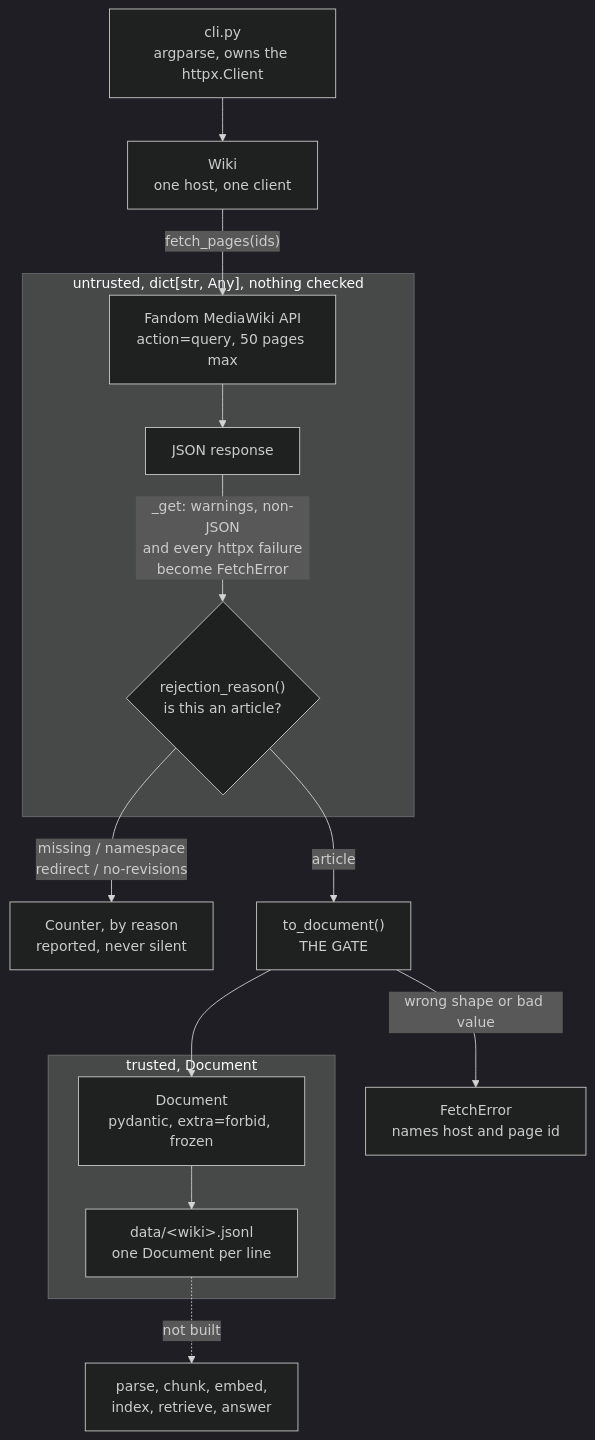
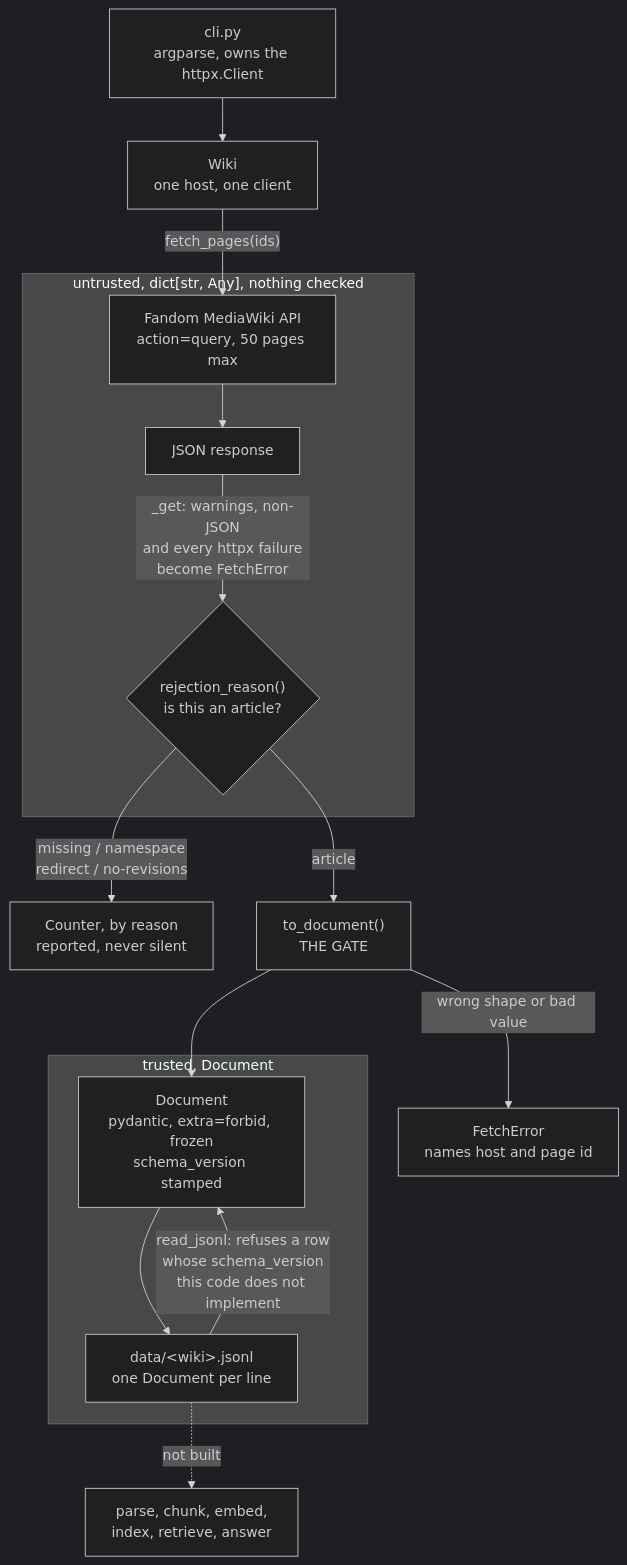
One commit to SURYAPRASATHJP/shonenchat changed the diagram in docs/architecture.md. Above: the diagram before and after it, drawn with Mermaid (dark theme). The commit also changed other lines of this file and 2 other files, not shown here.

````diff
--- a/docs/architecture.md
+++ b/docs/architecture.md
@@ -18,24 +18,25 @@
 ```mermaid
 flowchart TD
     subgraph untrusted["untrusted, dict[str, Any], nothing checked"]
         API["Fandom MediaWiki API<br/>action=query, 50 pages max"]
         RESP["JSON response"]
         FILT{"rejection_reason()<br/>is this an article?"}
     end
 
     subgraph trusted["trusted, Document"]
-        DOC["Document<br/>pydantic, extra=forbid, frozen"]
+        DOC["Document<br/>pydantic, extra=forbid, frozen<br/>schema_version stamped"]
         JSONL["data/&lt;wiki&gt;.jsonl<br/>one Document per line"]
     end
 
     CLI["cli.py<br/>argparse, owns the httpx.Client"] --> WIKI["Wiki<br/>one host, one client"]
     WIKI -->|"fetch_pages(ids)"| API
     API --> RESP
     RESP -->|"_get: warnings, non-JSON<br/>and every httpx failure<br/>become FetchError"| FILT
     FILT -->|"missing / namespace<br/>redirect / no-revisions"| SKIP["Counter, by reason<br/>reported, never silent"]
     FILT -->|"article"| GATE["to_document()<br/>THE GATE"]
     GATE -->|"wrong shape or bad value"| ERR["FetchError<br/>names host and page id"]
     GATE --> DOC
     DOC --> JSONL
+    JSONL -->|"read_jsonl: refuses a row<br/>whose schema_version<br/>this code does not implement"| DOC
     JSONL -.->|"not built"| FUTURE["parse, chunk, embed,<br/>index, retrieve, answer"]
 ```
````
